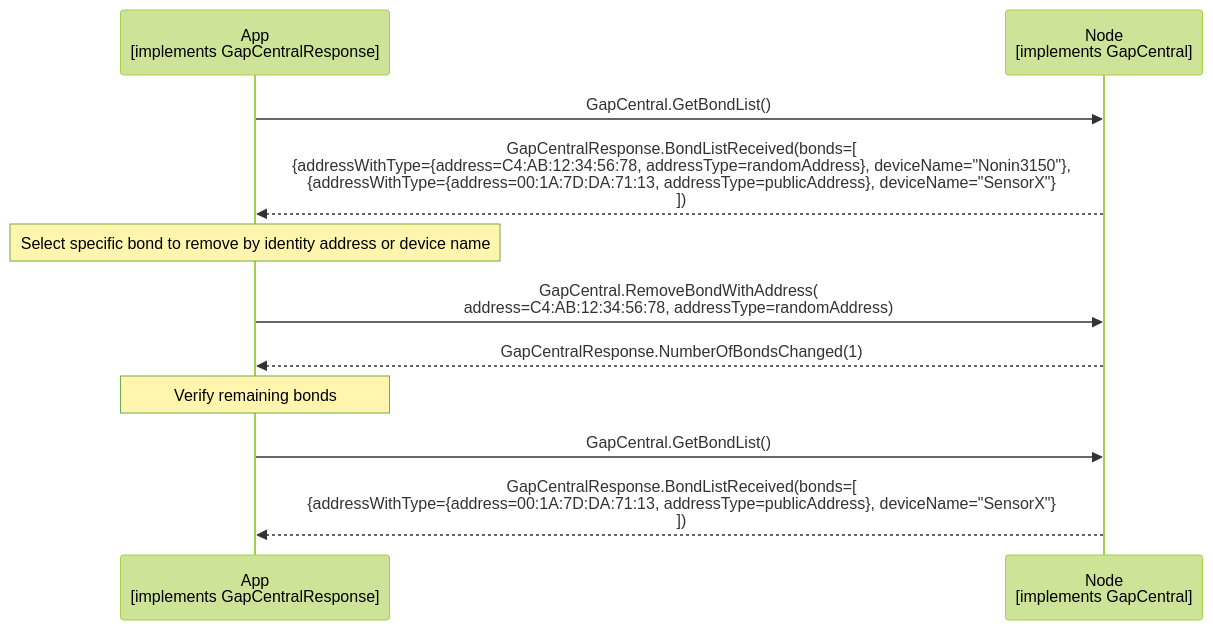
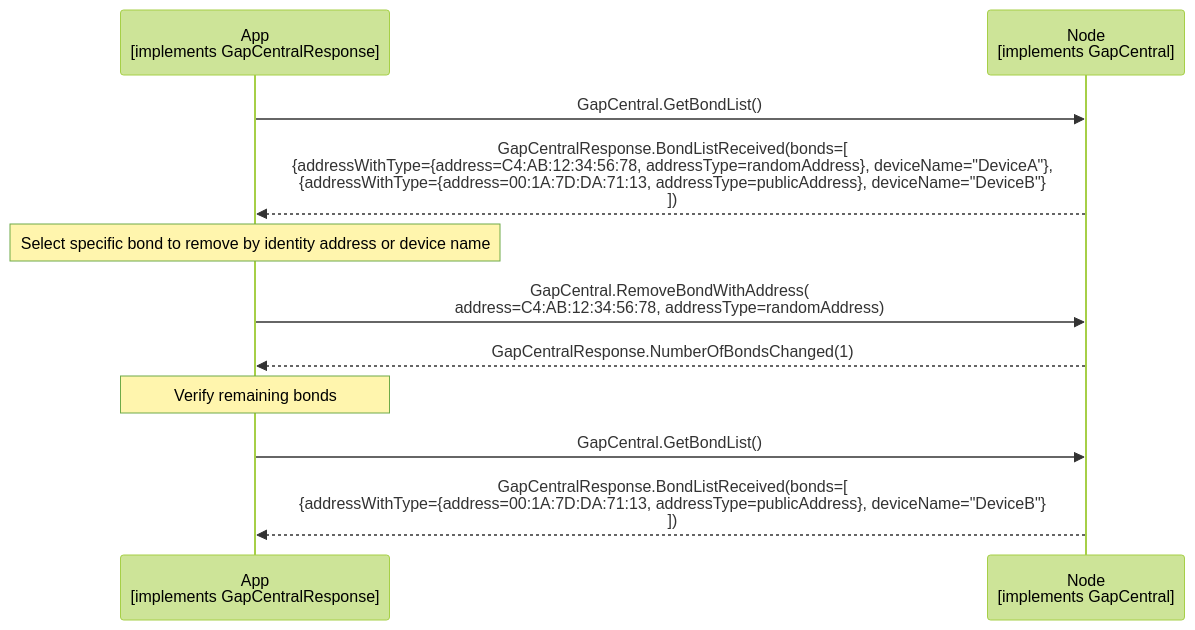
One commit to philips-software/amp-embedded-infra-lib changed the diagram in documents/modules/ROOT/partials/echoservices/gap_central/GapCentral_SelectiveBondRemoval_sequence.mmd. Above: the diagram before and after it, drawn with Mermaid (forest theme). The commit also changed 35 other files, not shown here.

```diff
--- a/documents/modules/ROOT/partials/echoservices/gap_central/GapCentral_SelectiveBondRemoval_sequence.mmd
+++ b/documents/modules/ROOT/partials/echoservices/gap_central/GapCentral_SelectiveBondRemoval_sequence.mmd
@@ -1,16 +1,16 @@
 sequenceDiagram
     participant App as App<br>[implements GapCentralResponse]
     participant Node as Node<br>[implements GapCentral]
 
     App->>Node: GapCentral.GetBondList()
-    Node-->>App: GapCentralResponse.BondListReceived(bonds=[<br>{addressWithType={address=C4:AB:12:34:56:78, addressType=randomAddress}, deviceName="Nonin3150"},<br>{addressWithType={address=00:1A:7D:DA:71:13, addressType=publicAddress}, deviceName="SensorX"}<br>])
+    Node-->>App: GapCentralResponse.BondListReceived(bonds=[<br>{addressWithType={address=C4:AB:12:34:56:78, addressType=randomAddress}, deviceName="DeviceA"},<br>{addressWithType={address=00:1A:7D:DA:71:13, addressType=publicAddress}, deviceName="DeviceB"}<br>])
 
     Note over App: Select specific bond to remove by identity address or device name 
 
     App->>Node: GapCentral.RemoveBondWithAddress(<br>address=C4:AB:12:34:56:78, addressType=randomAddress)
     Node-->>App: GapCentralResponse.NumberOfBondsChanged(1)
 
     Note over App: Verify remaining bonds
 
     App->>Node: GapCentral.GetBondList()
-    Node-->>App: GapCentralResponse.BondListReceived(bonds=[<br>{addressWithType={address=00:1A:7D:DA:71:13, addressType=publicAddress}, deviceName="SensorX"}<br>])
+    Node-->>App: GapCentralResponse.BondListReceived(bonds=[<br>{addressWithType={address=00:1A:7D:DA:71:13, addressType=publicAddress}, deviceName="DeviceB"}<br>])
```
